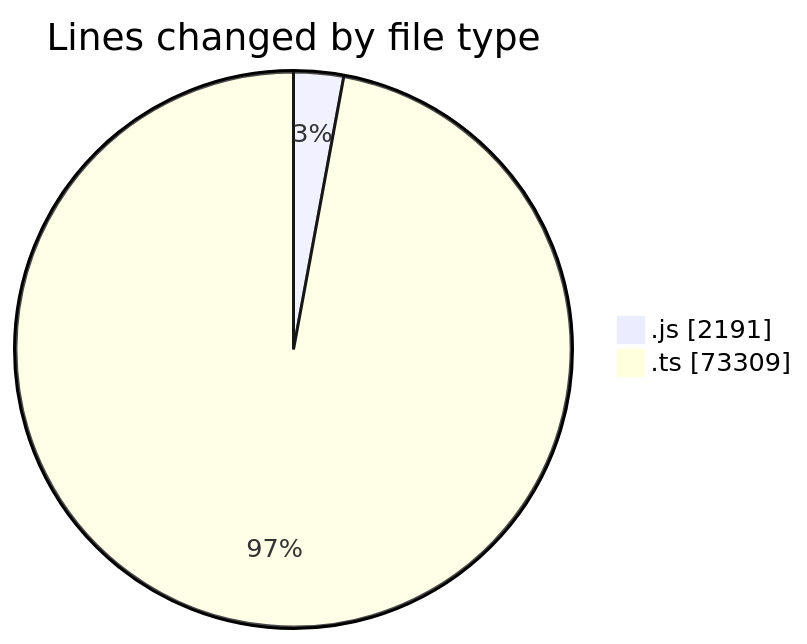
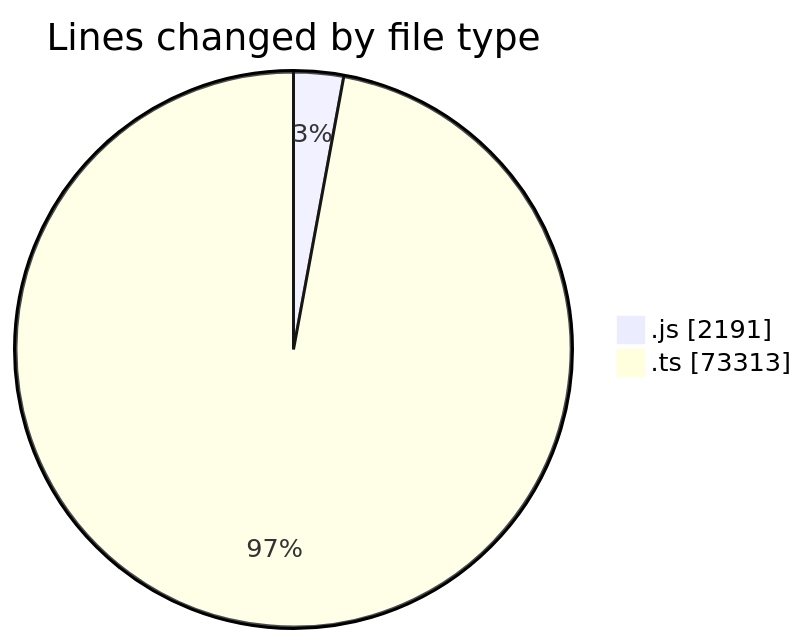
One commit to momahboobian/code-tracking changed the first of 2 diagrams in 2025-06-19/cda/README.md. Above: the diagram before and after it, drawn with Mermaid. The commit also changed other lines of this file and 1 other file, not shown here.

````diff
--- a/2025-06-19/cda/README.md
+++ b/2025-06-19/cda/README.md
@@ -40,6 +40,6 @@
 ```mermaid
 pie showData
 title Lines changed by file type
 ".js" : 2191
-".ts" : 73309
+".ts" : 73313
 ```
````
